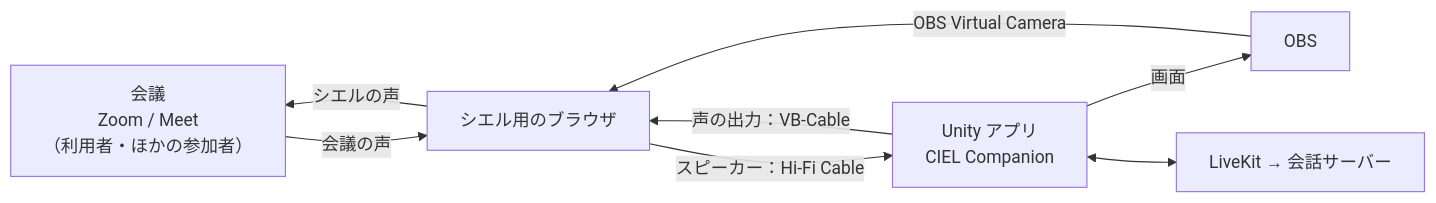
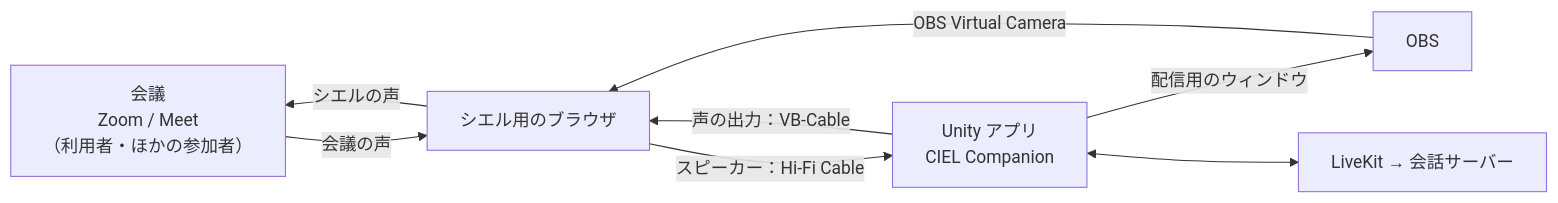
Before and after one commit to magic-sword/ciel-companion: the third of 3 diagrams in docs/architecture-ja.md, drawn with Mermaid. The commit also changed other lines of this file and 19 other files, not shown here.

````diff
--- a/docs/architecture-ja.md
+++ b/docs/architecture-ja.md
@@ -205,16 +208,16 @@
 ```mermaid
 flowchart LR
     M["会議<br>Zoom / Meet<br>（利用者・ほかの参加者）"]
     B["シエル用のブラウザ"]
     U["Unity アプリ<br>CIEL Companion"]
     OBS["OBS"]
     S["LiveKit → 会話サーバー"]
 
     M -- "会議の声" --> B
     B -- "スピーカー：Hi-Fi Cable" --> U
     U -- "声の出力：VB-Cable" --> B
     B -- "シエルの声" --> M
-    U -- "画面" --> OBS
+    U -- "配信用のウィンドウ" --> OBS
     OBS -- "OBS Virtual Camera" --> B
     U <--> S
 ```
````
